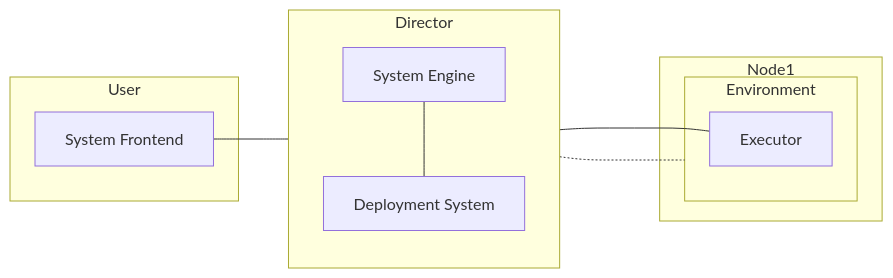
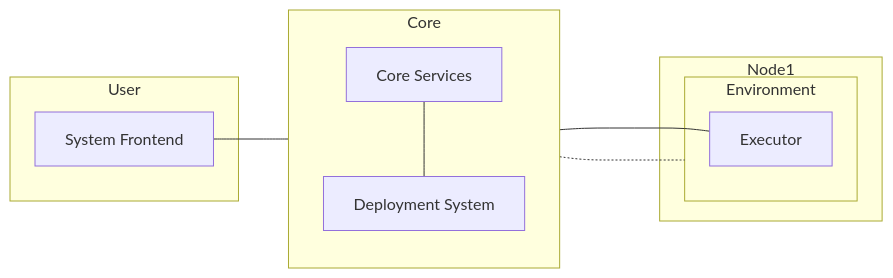
The diagram in docs/general_design.md (netunicorn/netunicorn), drawn with Mermaid before and after one commit. The commit also changed other lines of this file and 9 other files, not shown here.

````diff
--- a/docs/general_design.md
+++ b/docs/general_design.md
@@ -25,24 +26,24 @@
 ```mermaid
 flowchart LR
 	subgraph User
 		fr[System Frontend]
 	end
 	
-	subgraph Director
+	subgraph Core
 		direction TB
-		eng[System Engine]
+		eng[Core Services]
 		ds[Deployment System]
 	end
 	
 	
 	subgraph Node1
 		subgraph env1[Environment]
 			ex1[Executor]
 		end
 	end
 	
 	fr --- eng
 	eng --- ds
 	eng ---- ex1
 	ds -..- env1
 ```
````
